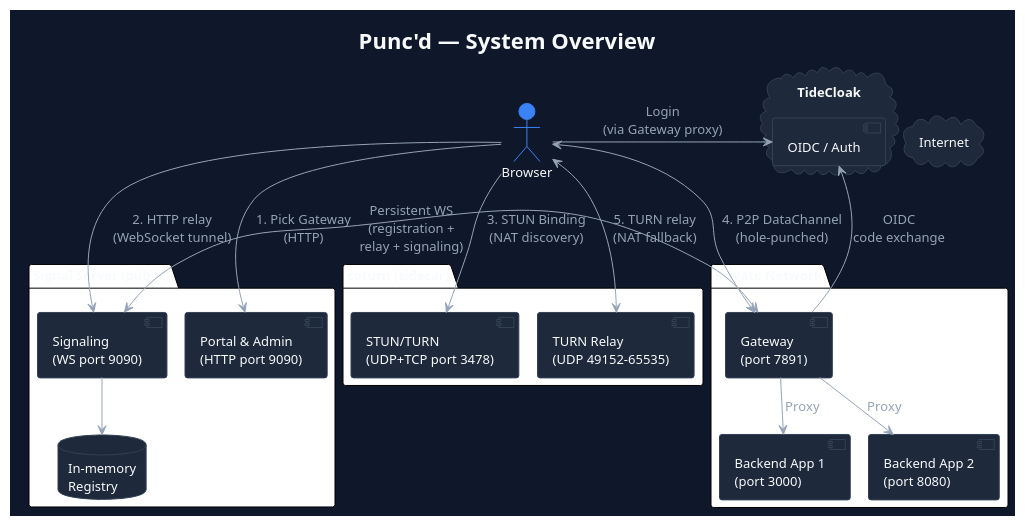
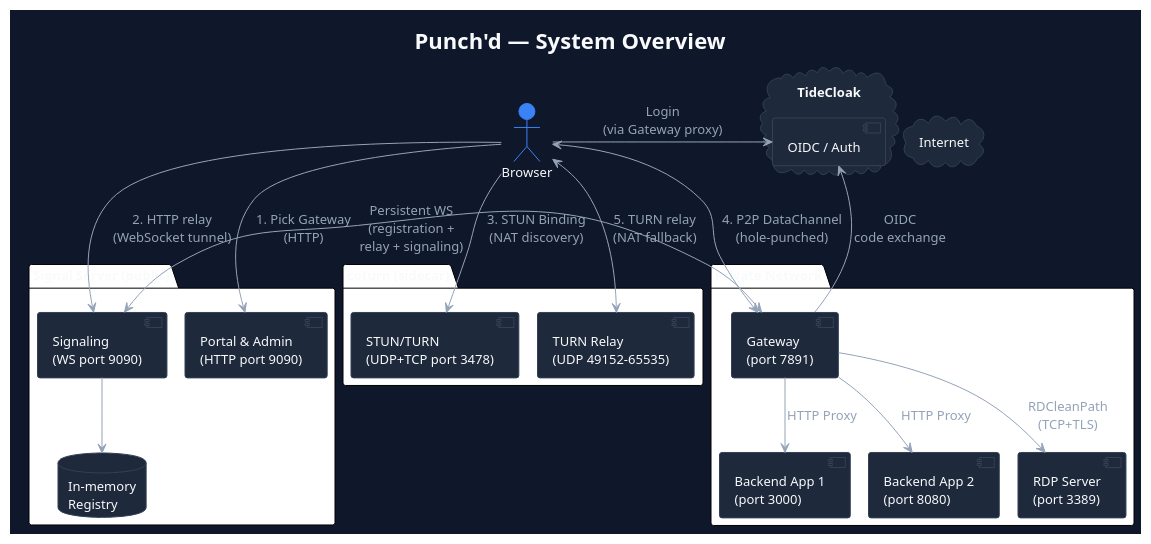
Before and after one commit to tide-foundation/keylessh-m2: the diagram in bridges/punchd-bridge/docs/diagrams/01-system-overview.puml, drawn with PlantUML. The commit also changed 15 other files, not shown here.

```diff
--- a/bridges/punchd-bridge/docs/diagrams/01-system-overview.puml
+++ b/bridges/punchd-bridge/docs/diagrams/01-system-overview.puml
@@ -1,73 +1,75 @@
 @startuml system-overview
 !theme plain
 !pragma layout smetana
-title Punc'd — System Overview
+title Punch'd — System Overview
 
 skinparam {
   backgroundColor #0f172a
   defaultFontColor #f8fafc
   defaultFontName "Segoe UI"
   defaultFontSize 13
   ArrowColor #94a3b8
   ArrowFontColor #94a3b8
   NoteBackgroundColor #1e293b
   NoteBorderColor #334155
   NoteFontColor #f8fafc
   ComponentBackgroundColor #1e293b
   ComponentBorderColor #334155
   ComponentFontColor #f8fafc
   DatabaseBackgroundColor #1e293b
   DatabaseBorderColor #334155
   DatabaseFontColor #f8fafc
   CloudBackgroundColor #1e293b
   CloudBorderColor #334155
   CloudFontColor #f8fafc
   RectangleBorderColor #334155
   RectangleBackgroundColor #1e293b
   RectangleFontColor #f8fafc
   ActorBorderColor #3b82f6
   ActorBackgroundColor #1e293b
   ActorFontColor #f8fafc
 }
 
 actor "Browser" as browser #3b82f6
 
 cloud "Internet" as inet {
 }
 
 package "Signal Server (public)" as stun {
   component "Signaling\n(WS port 9090)" as sig
   component "Portal & Admin\n(HTTP port 9090)" as portal
   database "In-memory\nRegistry" as reg
 }
 
 package "coturn (sidecar)" as coturnpkg {
   component "STUN/TURN\n(UDP+TCP port 3478)" as stunproto
   component "TURN Relay\n(UDP 49152-65535)" as relay
 }
 
 package "Private Network" as priv {
   component "Gateway\n(port 7891)" as gw
   component "Backend App 1\n(port 3000)" as app1
   component "Backend App 2\n(port 8080)" as app2
+  component "RDP Server\n(port 3389)" as rdpsrv
 }
 
 cloud "TideCloak" as tc {
   component "OIDC / Auth" as oidc
 }
 
 browser -down-> portal : "1. Pick Gateway\n(HTTP)"
 browser -down-> sig : "2. HTTP relay\n(WebSocket tunnel)"
 browser -down-> stunproto : "3. STUN Binding\n(NAT discovery)"
 browser <-down-> relay : "5. TURN relay\n(NAT fallback)"
 browser <-right-> gw : "4. P2P DataChannel\n(hole-punched)"
 
 sig <-right-> gw : "Persistent WS\n(registration +\nrelay + signaling)"
 sig -down-> reg
 
-gw -down-> app1 : "Proxy"
-gw -down-> app2 : "Proxy"
+gw -down-> app1 : "HTTP Proxy"
+gw -down-> app2 : "HTTP Proxy"
+gw -down-> rdpsrv : "RDCleanPath\n(TCP+TLS)"
 gw -left-> oidc : "OIDC\ncode exchange"
 browser -right-> oidc : "Login\n(via Gateway proxy)"
 
 @enduml
```
